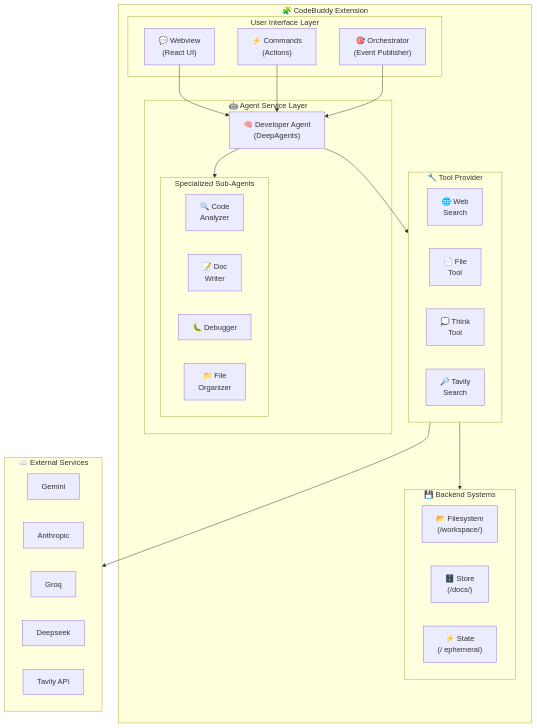
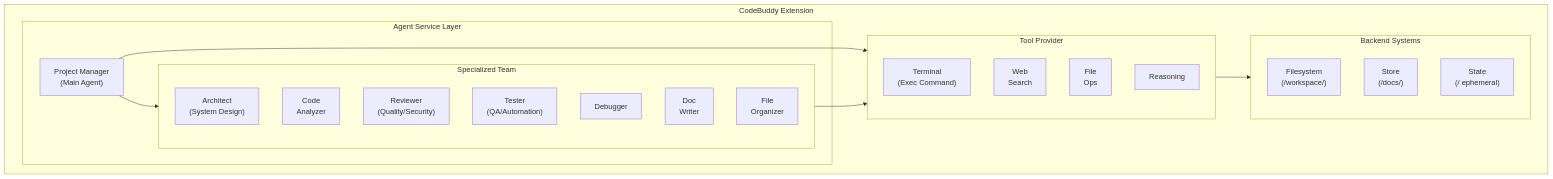
Before and after one commit to olasunkanmi-SE/codebuddy: the diagram in README.md, drawn with Mermaid. The commit also changed other lines of this file, not shown here.

````diff
--- a/README.md
+++ b/README.md
@@ -25,52 +23,36 @@
 ```mermaid
 flowchart TB
-    subgraph Extension["🧩 CodeBuddy Extension"]
-        subgraph UI["User Interface Layer"]
-            Webview["💬 Webview<br/>(React UI)"]
-            Commands["⚡ Commands<br/>(Actions)"]
-            Orchestrator["🎯 Orchestrator<br/>(Event Publisher)"]
-        end
+    subgraph Extension["CodeBuddy Extension"]
+        subgraph AgentLayer["Agent Service Layer"]
+            ProjectManager["Project Manager<br/>(Main Agent)"]
 
-        subgraph AgentLayer["🤖 Agent Service Layer"]
-            DeveloperAgent["🧠 Developer Agent<br/>(DeepAgents)"]
-
-            subgraph SubAgents["Specialized Sub-Agents"]
-                CodeAnalyzer["🔍 Code<br/>Analyzer"]
-                DocWriter["📝 Doc<br/>Writer"]
-                Debugger["🐛 Debugger"]
-                FileOrganizer["📁 File<br/>Organizer"]
+            subgraph SubAgents["Specialized Team"]
+                Architect["Architect<br/>(System Design)"]
+                CodeAnalyzer["Code<br/>Analyzer"]
+                Reviewer["Reviewer<br/>(Quality/Security)"]
+                Tester["Tester<br/>(QA/Automation)"]
+                Debugger["Debugger"]
+                DocWriter["Doc<br/>Writer"]
+                FileOrganizer["File<br/>Organizer"]
             end
         end
 
-        subgraph Tools["🔧 Tool Provider"]
-            WebSearch["🌐 Web<br/>Search"]
-            FileTool["📄 File<br/>Tool"]
-            ThinkTool["💭 Think<br/>Tool"]
-            TavilySearch["🔎 Tavily<br/>Search"]
+        subgraph Tools["Tool Provider"]
+            Terminal["Terminal<br/>(Exec Command)"]
+            WebSearch["Web<br/>Search"]
+            FileTool["File<br/>Ops"]
+            ThinkTool["Reasoning"]
         end
 
-        subgraph Backends["💾 Backend Systems"]
-            Filesystem["📂 Filesystem<br/>(/workspace/)"]
-            Store["🗄️ Store<br/>(/docs/)"]
-            State["⚡ State<br/>(/ ephemeral)"]
+        subgraph Backends["Backend Systems"]
+            Filesystem["Filesystem<br/>(/workspace/)"]
+            Store["Store<br/>(/docs/)"]
+            State["State<br/>(/ ephemeral)"]
         end
     end
 
-    subgraph External["☁️ External Services"]
-        Gemini["Gemini"]
-        Anthropic["Anthropic"]
-        Groq["Groq"]
-        Deepseek["Deepseek"]
-        Tavily["Tavily API"]
-    end
-
-    Webview --> DeveloperAgent
-    Commands --> DeveloperAgent
-    Orchestrator --> DeveloperAgent
-
-    DeveloperAgent --> SubAgents
-    DeveloperAgent --> Tools
-
+    ProjectManager --> SubAgents
+    ProjectManager --> Tools
+    SubAgents --> Tools
     Tools --> Backends
-    Tools --> External
 ```
````
